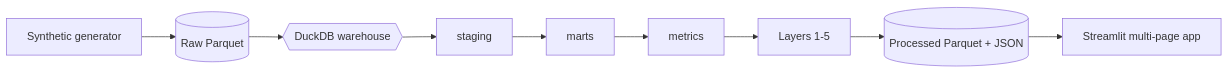
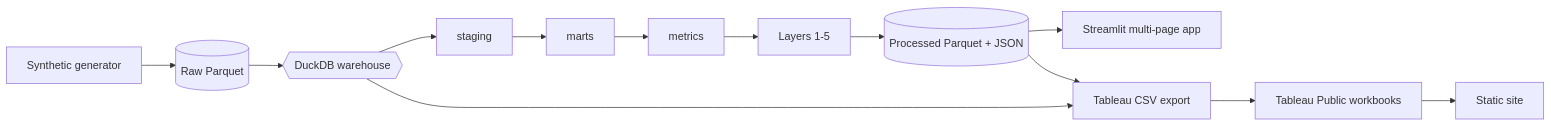
One commit to kelvinasiedu-programmer/pulsecommerce changed the diagram in README.md. Above: the diagram before and after it, drawn with Mermaid. The commit also changed other lines of this file and 20 other files, not shown here.

First line of the commit message:
feat(tableau): add Tableau Public export path and static site

````diff
--- a/README.md
+++ b/README.md
@@ -61,11 +74,15 @@
 ```mermaid
 flowchart LR
     A[Synthetic generator] --> B[(Raw Parquet)]
     B --> C{{DuckDB warehouse}}
     C --> D[staging]
     D --> E[marts]
     E --> F[metrics]
     F --> G[Layers 1-5]
     G --> H[(Processed Parquet + JSON)]
     H --> I[Streamlit multi-page app]
+    C --> J[Tableau CSV export]
+    H --> J
+    J --> K[Tableau Public workbooks]
+    K --> L[Static site]
 ```
````
